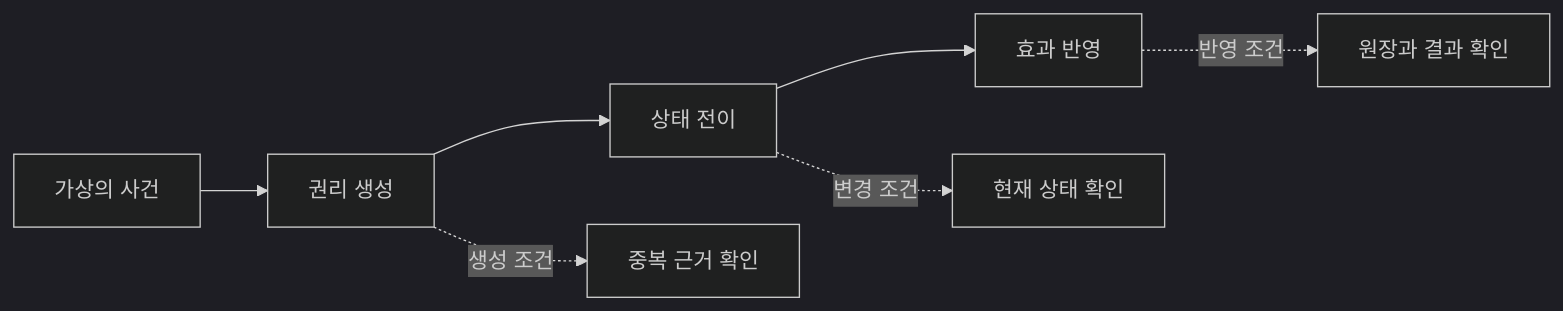
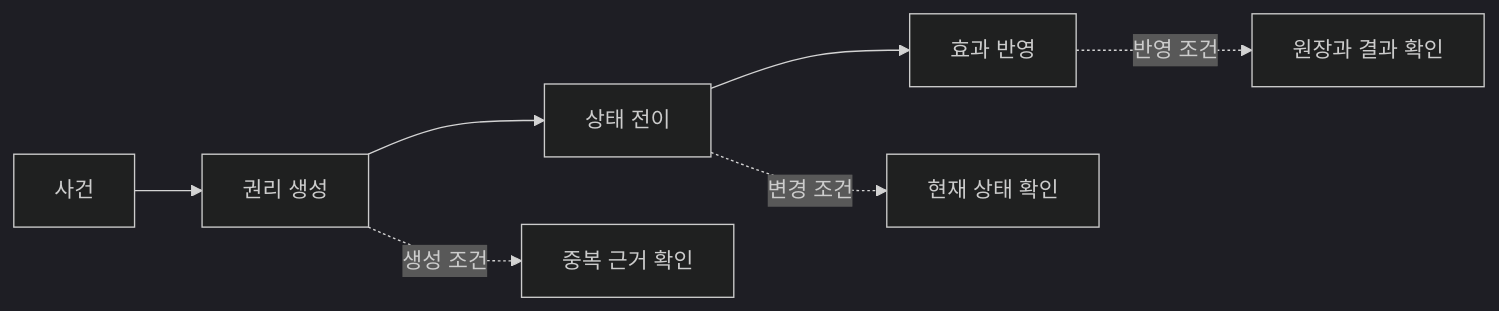
Before and after one commit to jiwon11/jiwon11.github.io: the first of 7 diagrams in _posts/2026-03-20-reward-creation-receipt-charge-responsibility.md, drawn with Mermaid (dark theme). The commit also changed other lines of this file and 7 other files, not shown here.

```diff
--- a/_posts/2026-03-20-reward-creation-receipt-charge-responsibility.md
+++ b/_posts/2026-03-20-reward-creation-receipt-charge-responsibility.md
@@ -52,10 +46,10 @@
 ~~~mermaid
 flowchart LR
-    S["가상의 사건"] --> C["권리 생성"]
+    S["사건"] --> C["권리 생성"]
     C --> T["상태 전이"]
     T --> E["효과 반영"]
 
     C -. "생성 조건" .-> CI["중복 근거 확인"]
     T -. "변경 조건" .-> TI["현재 상태 확인"]
     E -. "반영 조건" .-> EI["원장과 결과 확인"]
 ~~~
```
